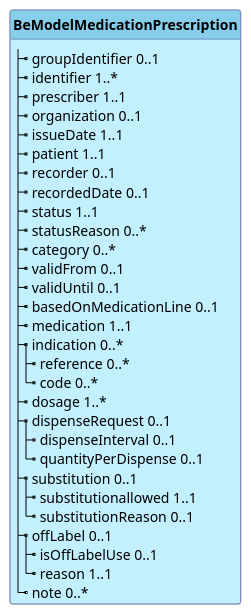
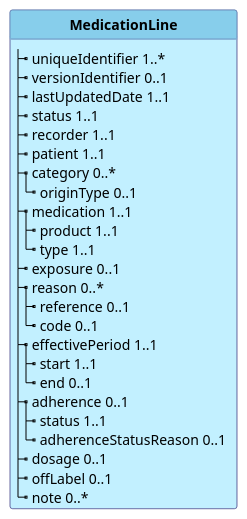
The diagram in input/images-source/BeModelMedicationLine.plantuml (hl7-be/medication), drawn with PlantUML before and after one commit. The commit also changed 5 other files, not shown here.

Commit message:
update diagrams

```diff
--- a/input/images-source/BeModelMedicationLine.plantuml
+++ b/input/images-source/BeModelMedicationLine.plantuml
@@ -1,44 +1,38 @@
 @startuml
 skinparam linetype polyline
 hide circle
 hide stereotype
-
 
 skinparam class {
  BorderColor #505090
  BackgroundColor APPLICATION
  HeaderBackgroundColor SkyBlue
 }
 
-class "**BeModelMedicationPrescription**" as BeModelMedicationPrescription {
-  |_ groupIdentifier 0..1   
-  |_ identifier 1..*   
-  |_ prescriber 1..1   
-  |_ organization 0..1   
-  |_ issueDate 1..1   
+class "**MedicationLine**" as MedicationLine {
+  |_ uniqueIdentifier 1..*   
+  |_ versionIdentifier 0..1   
+  |_ lastUpdatedDate 1..1   
+  |_ status 1..1   
+  |_ recorder 1..1   
   |_ patient 1..1   
-  |_ recorder 0..1   
-  |_ recordedDate 0..1   
-  |_ status 1..1   
-  |_ statusReason 0..*   
   |_ category 0..*   
-  |_ validFrom 0..1   
-  |_ validUntil 0..1   
-  |_ basedOnMedicationLine 0..1   
+    |_ originType 0..1   
   |_ medication 1..1   
-  |_ indication 0..*   
-    |_ reference 0..*   
-    |_ code 0..*   
-  |_ dosage 1..*   
-  |_ dispenseRequest 0..1   
-    |_ dispenseInterval 0..1   
-    |_ quantityPerDispense 0..1   
-  |_ substitution 0..1   
-    |_ substitutionallowed 1..1   
-    |_ substitutionReason 0..1   
+    |_ product 1..1   
+    |_ type 1..1   
+  |_ exposure 0..1   
+  |_ reason 0..*   
+    |_ reference 0..1   
+    |_ code 0..1   
+  |_ effectivePeriod 1..1   
+    |_ start 1..1   
+    |_ end 0..1   
+  |_ adherence 0..1   
+    |_ status 1..1   
+    |_ adherenceStatusReason 0..1   
+  |_ dosage 0..1   
   |_ offLabel 0..1   
-    |_ isOffLabelUse 0..1   
-    |_ reason 1..1   
   |_ note 0..*   
 }
 @enduml
```
